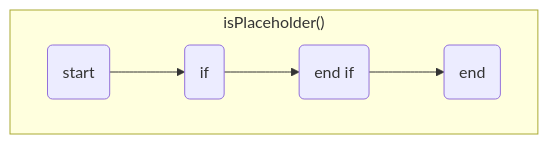
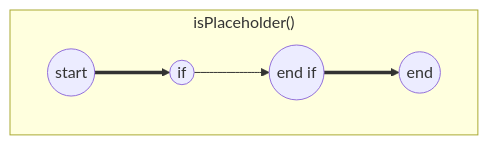
Before and after one commit to AlbelNox/EAN-Progamm: the fourth of 8 diagrams in Walkthrough.md, drawn with Mermaid. The commit also changed other lines of this file, not shown here.

First line of the commit message:
amend Controll Flow Graphs

````diff
--- a/Walkthrough.md
+++ b/Walkthrough.md
@@ -154,8 +154,8 @@
 ```mermaid
 graph TD
 subgraph "isPlaceholder()"
-A(start) --> B(if)
-B --> C(end if)
-C --> D(end)
+A((start)) ==> B((if))
+B --> C((end if))
+C ==> D((end))
 end
 ```
````
